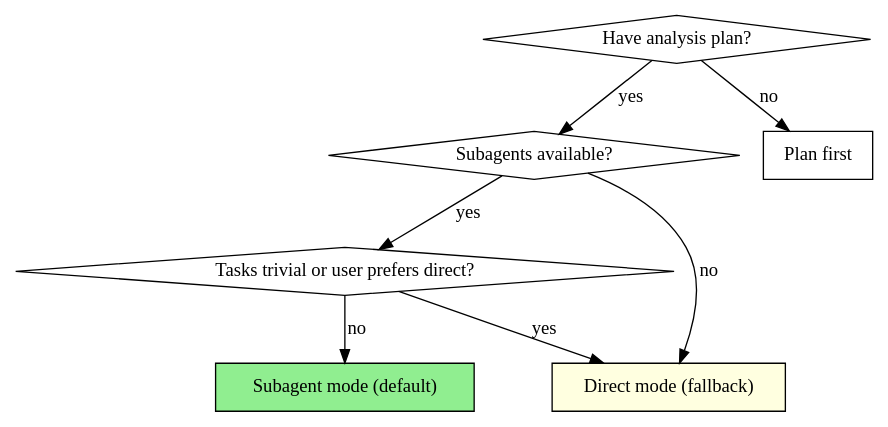
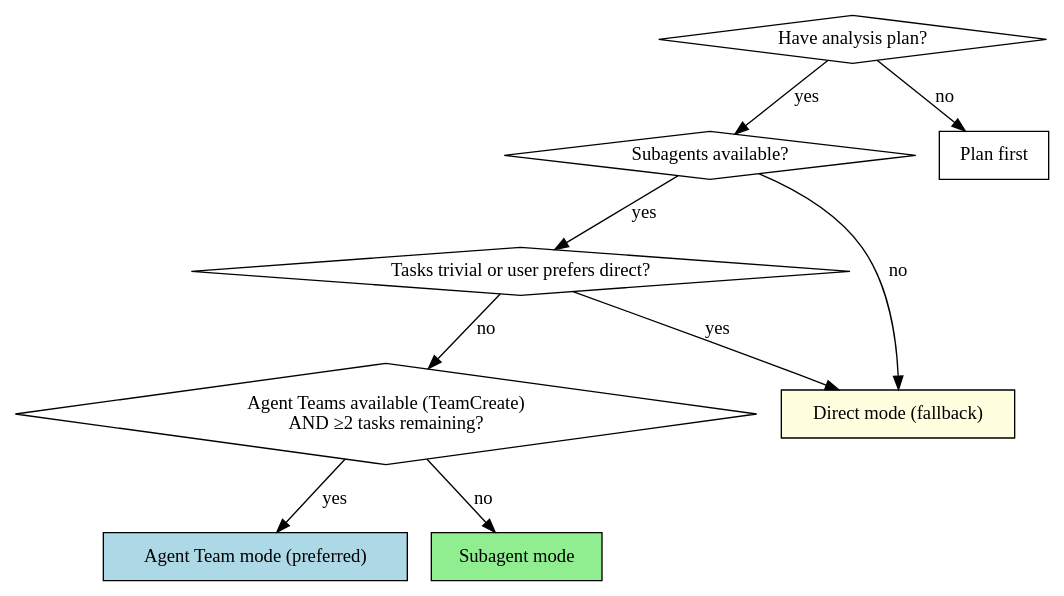
The first of 2 diagrams in skills/execution-workflow/SKILL.md (FuZhiyu/superRA), drawn with Graphviz before and after one commit. The commit also changed other lines of this file and 16 other files, not shown here.

````diff
--- a/skills/execution-workflow/SKILL.md
+++ b/skills/execution-workflow/SKILL.md
@@ -18,17 +18,21 @@
 ```dot
 digraph mode_selection {
     "Have analysis plan?" [shape=diamond];
     "Subagents available?" [shape=diamond];
     "Tasks trivial or user prefers direct?" [shape=diamond];
-    "Subagent mode (default)" [shape=box style=filled fillcolor=lightgreen];
+    "Agent Teams available (TeamCreate)\nAND ≥2 tasks remaining?" [shape=diamond];
+    "Agent Team mode (preferred)" [shape=box style=filled fillcolor=lightblue];
+    "Subagent mode" [shape=box style=filled fillcolor=lightgreen];
     "Direct mode (fallback)" [shape=box style=filled fillcolor=lightyellow];
     "Plan first" [shape=box];
 
     "Have analysis plan?" -> "Subagents available?" [label="yes"];
     "Have analysis plan?" -> "Plan first" [label="no"];
     "Subagents available?" -> "Tasks trivial or user prefers direct?" [label="yes"];
     "Subagents available?" -> "Direct mode (fallback)" [label="no"];
     "Tasks trivial or user prefers direct?" -> "Direct mode (fallback)" [label="yes"];
-    "Tasks trivial or user prefers direct?" -> "Subagent mode (default)" [label="no"];
+    "Tasks trivial or user prefers direct?" -> "Agent Teams available (TeamCreate)\nAND ≥2 tasks remaining?" [label="no"];
+    "Agent Teams available (TeamCreate)\nAND ≥2 tasks remaining?" -> "Agent Team mode (preferred)" [label="yes"];
+    "Agent Teams available (TeamCreate)\nAND ≥2 tasks remaining?" -> "Subagent mode" [label="no"];
 }
 ```
````
